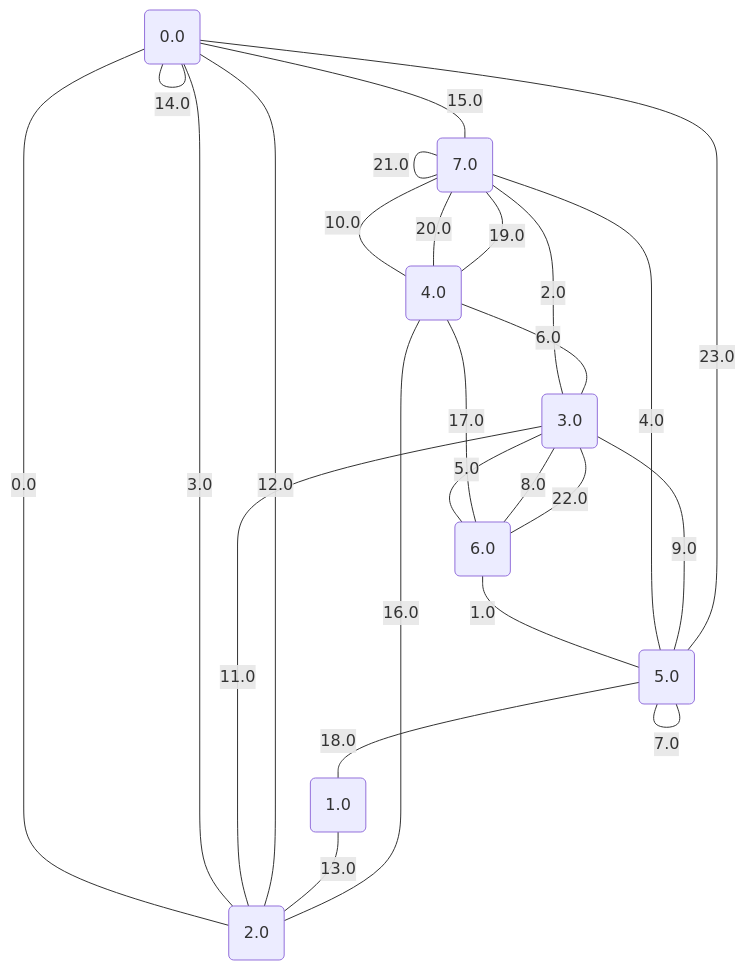
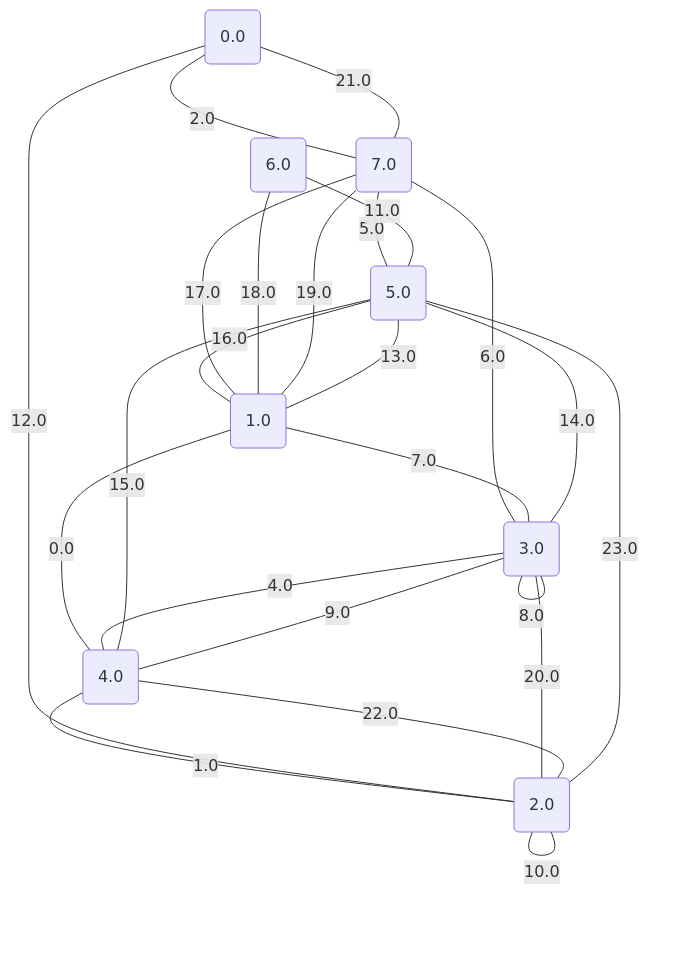
Before and after one commit to metury/graphs: the diagram in project/src/testing/graphs/3.md, drawn with Mermaid. The commit also changed 27 other files, not shown here.

````diff
--- a/project/src/testing/graphs/3.md
+++ b/project/src/testing/graphs/3.md
@@ -1,35 +1,35 @@
 ```mermaid
 graph TD;
 0("0.0");
 1("1.0");
 2("2.0");
 3("3.0");
 4("4.0");
 5("5.0");
 6("6.0");
 7("7.0");
-	0 -- "0.0" --- 2;
-	6 -- "1.0" --- 5;
-	7 -- "2.0" --- 3;
-	0 -- "3.0" --- 2;
-	7 -- "4.0" --- 5;
-	3 -- "5.0" --- 6;
-	4 -- "6.0" --- 3;
-	5 -- "7.0" --- 5;
-	6 -- "8.0" --- 3;
-	3 -- "9.0" --- 5;
-	7 -- "10.0" --- 4;
-	3 -- "11.0" --- 2;
+	1 -- "0.0" --- 4;
+	4 -- "1.0" --- 2;
+	0 -- "2.0" --- 7;
+	2 -- "3.0" --- 2;
+	3 -- "4.0" --- 4;
+	7 -- "5.0" --- 5;
+	7 -- "6.0" --- 3;
+	1 -- "7.0" --- 3;
+	3 -- "8.0" --- 3;
+	4 -- "9.0" --- 3;
+	2 -- "10.0" --- 2;
+	6 -- "11.0" --- 5;
 	0 -- "12.0" --- 2;
-	1 -- "13.0" --- 2;
-	0 -- "14.0" --- 0;
-	0 -- "15.0" --- 7;
-	4 -- "16.0" --- 2;
-	4 -- "17.0" --- 6;
-	5 -- "18.0" --- 1;
-	4 -- "19.0" --- 7;
-	7 -- "20.0" --- 4;
-	7 -- "21.0" --- 7;
-	6 -- "22.0" --- 3;
-	0 -- "23.0" --- 5;
+	1 -- "13.0" --- 5;
+	5 -- "14.0" --- 3;
+	5 -- "15.0" --- 4;
+	5 -- "16.0" --- 1;
+	7 -- "17.0" --- 1;
+	6 -- "18.0" --- 1;
+	7 -- "19.0" --- 1;
+	3 -- "20.0" --- 2;
+	0 -- "21.0" --- 7;
+	4 -- "22.0" --- 2;
+	5 -- "23.0" --- 2;
 ```
````
